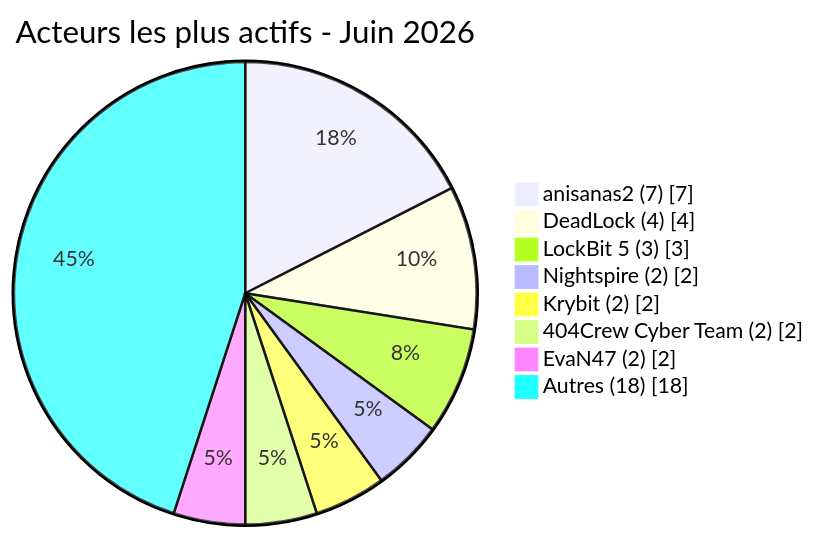
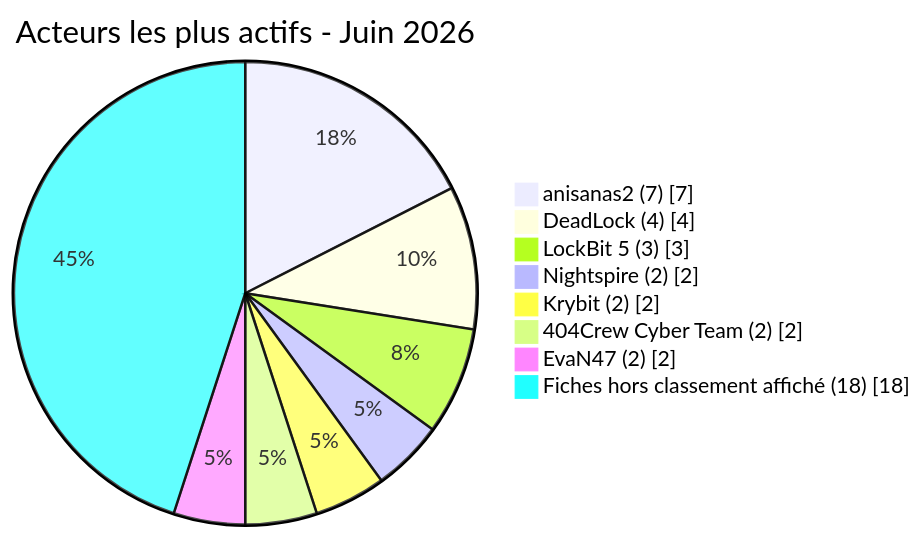
The fourth of 4 diagrams in CyberAttackAfrica/2026/06-june/README_FR.md (Hatchepsoute/AFRINTEL), drawn with Mermaid before and after one commit. The commit also changed other lines of this file and 39 other files, not shown here.

````diff
--- a/CyberAttackAfrica/2026/06-june/README_FR.md
+++ b/CyberAttackAfrica/2026/06-june/README_FR.md
@@ -239,12 +255,12 @@
 ```mermaid
 pie showData
  title Acteurs les plus actifs - Juin 2026
  "anisanas2 (7)" : 7
  "DeadLock (4)" : 4
  "LockBit 5 (3)" : 3
  "Nightspire (2)" : 2
  "Krybit (2)" : 2
  "404Crew Cyber Team (2)" : 2
  "EvaN47 (2)" : 2
- "Autres (18)" : 18
+ "Fiches hors classement affiché (18)" : 18
 ```
````
